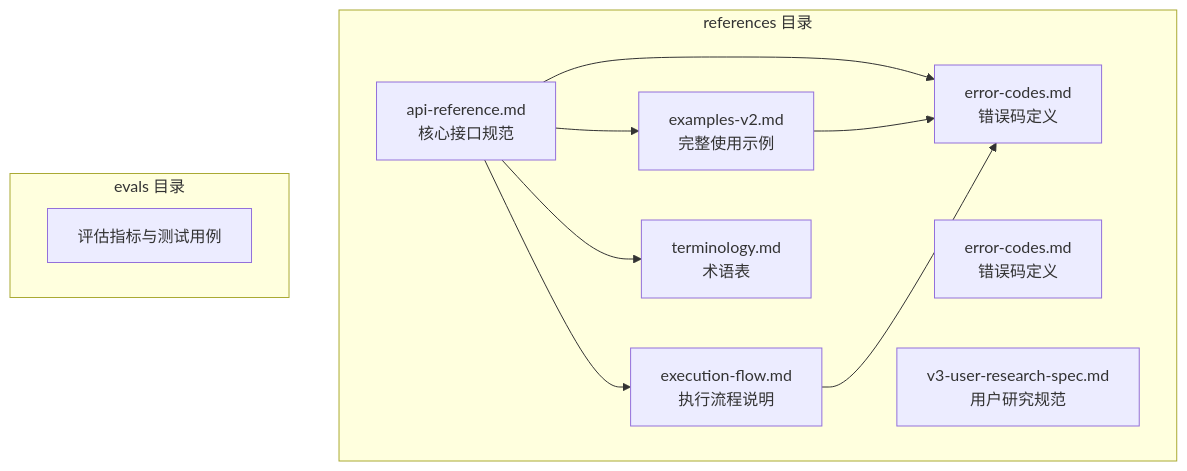
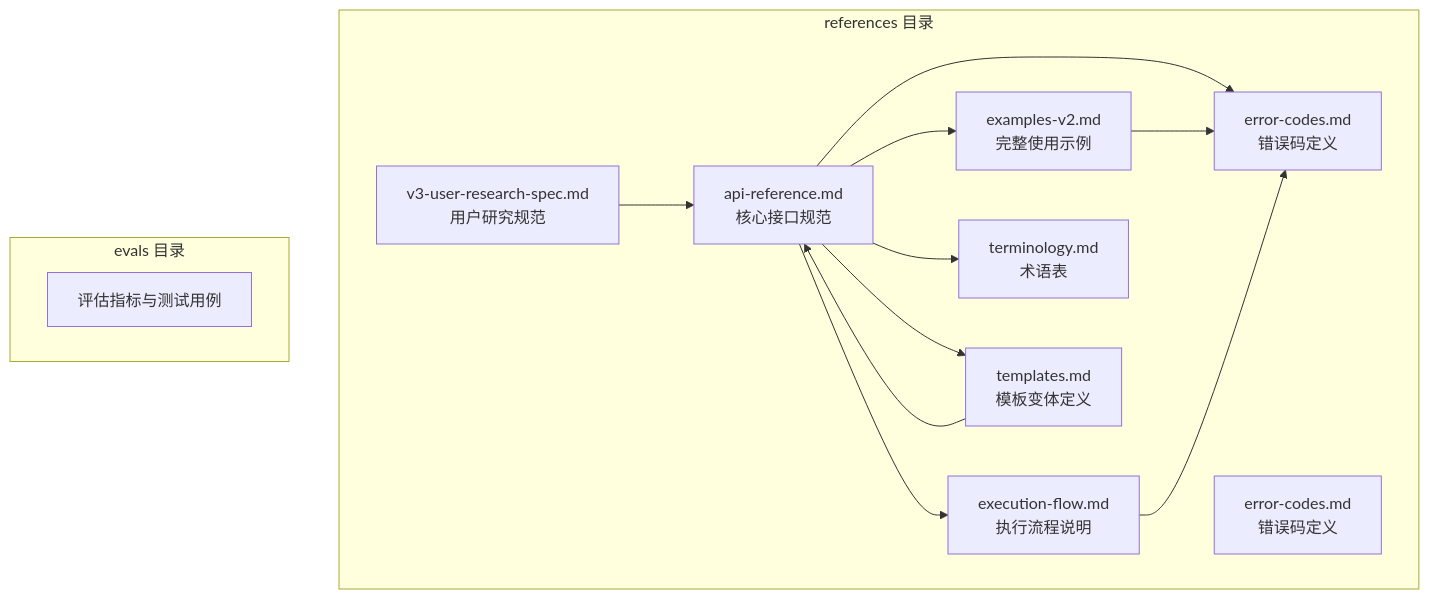
The first of 9 diagrams in .qoder/repowiki/zh/content/API接口参考.md (daoAgents/task-execution-summary), drawn with Mermaid before and after one commit. The commit also changed other lines of this file and 24 other files, not shown here.

````diff
--- a/.qoder/repowiki/zh/content/API接口参考.md
+++ b/.qoder/repowiki/zh/content/API接口参考.md
@@ -172,21 +174,25 @@
 ```mermaid
 graph TB
 subgraph "references 目录"
 A[api-reference.md<br/>核心接口规范]
 B[error-codes.md<br/>错误码定义]
 C[examples-v2.md<br/>完整使用示例]
 D[execution-flow.md<br/>执行流程说明]
 E[terminology.md<br/>术语表]
 F[error-codes.md<br/>错误码定义]
-G[v3-user-research-spec.md<br/>用户研究规范]
+G[templates.md<br/>模板变体定义]
+H[v3-user-research-spec.md<br/>用户研究规范]
 end
 subgraph "evals 目录"
-H[评估指标与测试用例]
+I[评估指标与测试用例]
 end
 A --> B
 A --> C
 A --> D
 A --> E
+A --> G
 C --> B
 D --> B
+G --> A
+H --> A
 ```
````
